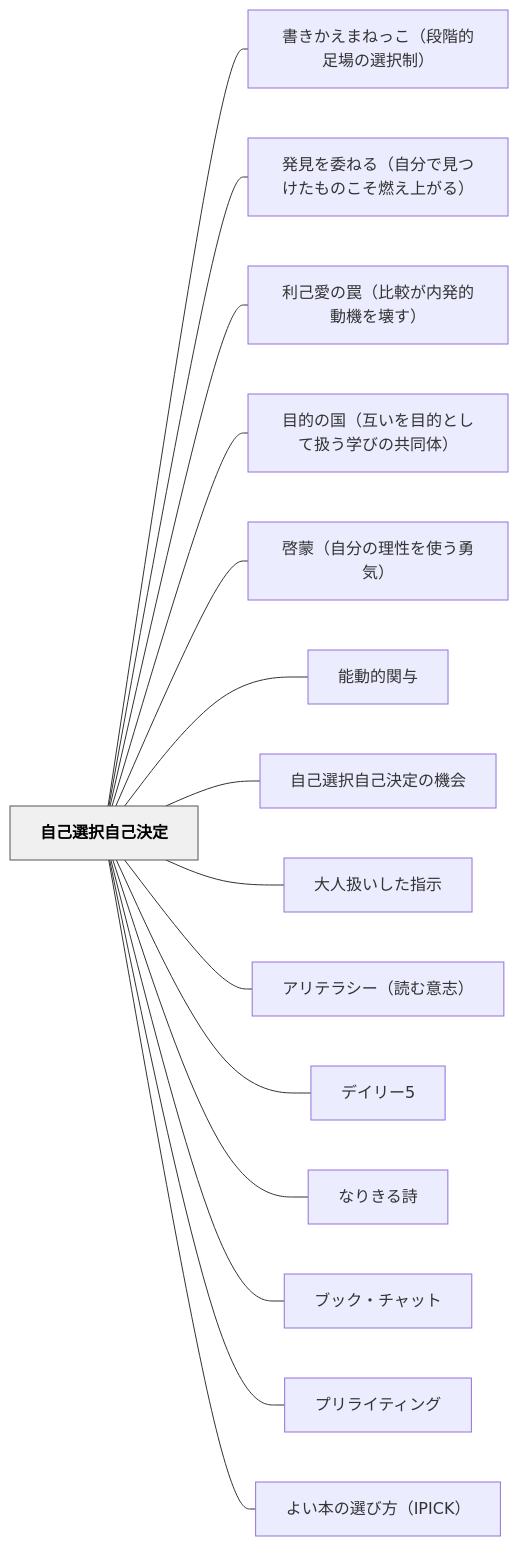
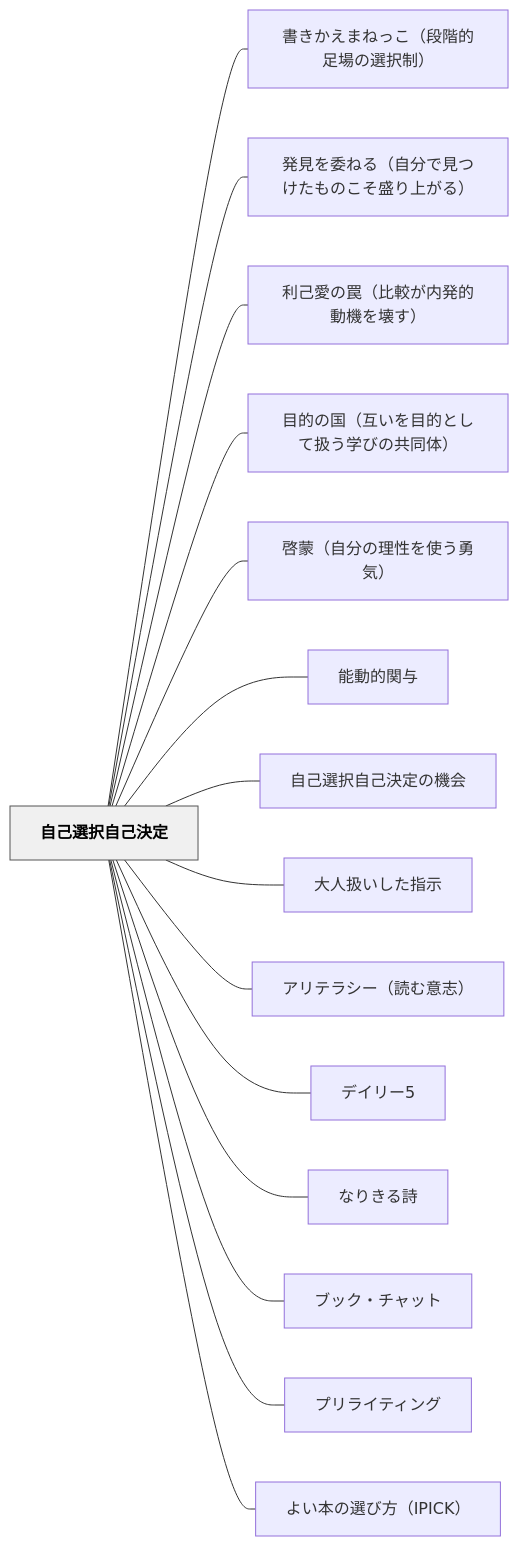
One commit to unknownthings-ed-patterns/unknownthings-ed-patterns changed the diagram in content/パタン/自己選択自己決定.md. Above: the diagram before and after it, drawn with Mermaid. The commit also changed other lines of this file and 36 other files, not shown here.

````diff
--- a/content/パタン/自己選択自己決定.md
+++ b/content/パタン/自己選択自己決定.md
@@ -175,36 +175,36 @@
 ```mermaid
 flowchart LR
     ne887aae5b7b1e981b8e68a9ee887aae5b7b1e6b1bae5ae9a["自己選択自己決定"]
     ne69bb8e3818de3818be38188e381bee381ade381a3e38193efbc88e6aeb5e99a8ee79a84e8b6b3e5a0b4e381aee981b8e68a9ee588b6efbc89["書きかえまねっこ（段階的足場の選択制）"]
-    ne799bae8a68be38292e5a794e381ade3828befbc88e887aae58886e381a7e8a68be381a4e38191e3819fe38282e381aee38193e3819de78783e38188e4b88ae3818ce3828befbc89["発見を委ねる（自分で見つけたものこそ燃え上がる）"]
+    ne799bae8a68be38292e5a794e381ade3828befbc88e887aae58886e381a7e8a68be381a4e38191e3819fe38282e381aee38193e3819de79b9be3828ae4b88ae3818ce3828befbc89["発見を委ねる（自分で見つけたものこそ盛り上がる）"]
     ne588a9e5b7b1e6849be381aee7bda0efbc88e6af94e8bc83e3818ce58685e799bae79a84e58b95e6a99fe38292e5a38ae38199efbc89["利己愛の罠（比較が内発的動機を壊す）"]
     ne79baee79a84e381aee59bbdefbc88e4ba92e38184e38292e79baee79a84e381a8e38197e381a6e689b1e38186e5ada6e381b3e381aee585b1e5908ce4bd93efbc89["目的の国（互いを目的として扱う学びの共同体）"]
     ne59593e89299efbc88e887aae58886e381aee79086e680a7e38292e4bdbfe38186e58b87e6b097efbc89["啓蒙（自分の理性を使う勇気）"]
     ne883bde58b95e79a84e996a2e4b88e["能動的関与"]
     ne887aae5b7b1e981b8e68a9ee887aae5b7b1e6b1bae5ae9ae381aee6a99fe4bc9a["自己選択自己決定の機会"]
     ne5a4a7e4babae689b1e38184e38197e3819fe68c87e7a4ba["大人扱いした指示"]
     ne382a2e383aae38386e383a9e382b7e383bcefbc88e8aaade38280e6848fe5bf97efbc89["アリテラシー（読む意志）"]
     ne38387e382a4e383aae383bc35["デイリー5"]
     ne381aae3828ae3818de3828be8a9a9["なりきる詩"]
     ne38396e38383e382afe383bbe38381e383a3e38383e38388["ブック・チャット"]
     ne38397e383aae383a9e382a4e38386e382a3e383b3e382b0["プリライティング"]
     ne38288e38184e69cace381aee981b8e381b3e696b9efbc88495049434befbc89["よい本の選び方（IPICK）"]
 
     ne887aae5b7b1e981b8e68a9ee887aae5b7b1e6b1bae5ae9a --- ne69bb8e3818de3818be38188e381bee381ade381a3e38193efbc88e6aeb5e99a8ee79a84e8b6b3e5a0b4e381aee981b8e68a9ee588b6efbc89
-    ne887aae5b7b1e981b8e68a9ee887aae5b7b1e6b1bae5ae9a --- ne799bae8a68be38292e5a794e381ade3828befbc88e887aae58886e381a7e8a68be381a4e38191e3819fe38282e381aee38193e3819de78783e38188e4b88ae3818ce3828befbc89
+    ne887aae5b7b1e981b8e68a9ee887aae5b7b1e6b1bae5ae9a --- ne799bae8a68be38292e5a794e381ade3828befbc88e887aae58886e381a7e8a68be381a4e38191e3819fe38282e381aee38193e3819de79b9be3828ae4b88ae3818ce3828befbc89
     ne887aae5b7b1e981b8e68a9ee887aae5b7b1e6b1bae5ae9a --- ne588a9e5b7b1e6849be381aee7bda0efbc88e6af94e8bc83e3818ce58685e799bae79a84e58b95e6a99fe38292e5a38ae38199efbc89
     ne887aae5b7b1e981b8e68a9ee887aae5b7b1e6b1bae5ae9a --- ne79baee79a84e381aee59bbdefbc88e4ba92e38184e38292e79baee79a84e381a8e38197e381a6e689b1e38186e5ada6e381b3e381aee585b1e5908ce4bd93efbc89
     ne887aae5b7b1e981b8e68a9ee887aae5b7b1e6b1bae5ae9a --- ne59593e89299efbc88e887aae58886e381aee79086e680a7e38292e4bdbfe38186e58b87e6b097efbc89
     ne887aae5b7b1e981b8e68a9ee887aae5b7b1e6b1bae5ae9a --- ne883bde58b95e79a84e996a2e4b88e
     ne887aae5b7b1e981b8e68a9ee887aae5b7b1e6b1bae5ae9a --- ne887aae5b7b1e981b8e68a9ee887aae5b7b1e6b1bae5ae9ae381aee6a99fe4bc9a
     ne887aae5b7b1e981b8e68a9ee887aae5b7b1e6b1bae5ae9a --- ne5a4a7e4babae689b1e38184e38197e3819fe68c87e7a4ba
     ne887aae5b7b1e981b8e68a9ee887aae5b7b1e6b1bae5ae9a --- ne382a2e383aae38386e383a9e382b7e383bcefbc88e8aaade38280e6848fe5bf97efbc89
     ne887aae5b7b1e981b8e68a9ee887aae5b7b1e6b1bae5ae9a --- ne38387e382a4e383aae383bc35
     ne887aae5b7b1e981b8e68a9ee887aae5b7b1e6b1bae5ae9a --- ne381aae3828ae3818de3828be8a9a9
     ne887aae5b7b1e981b8e68a9ee887aae5b7b1e6b1bae5ae9a --- ne38396e38383e382afe383bbe38381e383a3e38383e38388
     ne887aae5b7b1e981b8e68a9ee887aae5b7b1e6b1bae5ae9a --- ne38397e383aae383a9e382a4e38386e382a3e383b3e382b0
     ne887aae5b7b1e981b8e68a9ee887aae5b7b1e6b1bae5ae9a --- ne38288e38184e69cace381aee981b8e381b3e696b9efbc88495049434befbc89
 
     classDef hub fill:#f0f0f0,stroke:#555,color:#000,font-weight:bold
     class ne887aae5b7b1e981b8e68a9ee887aae5b7b1e6b1bae5ae9a hub
 ```
````
